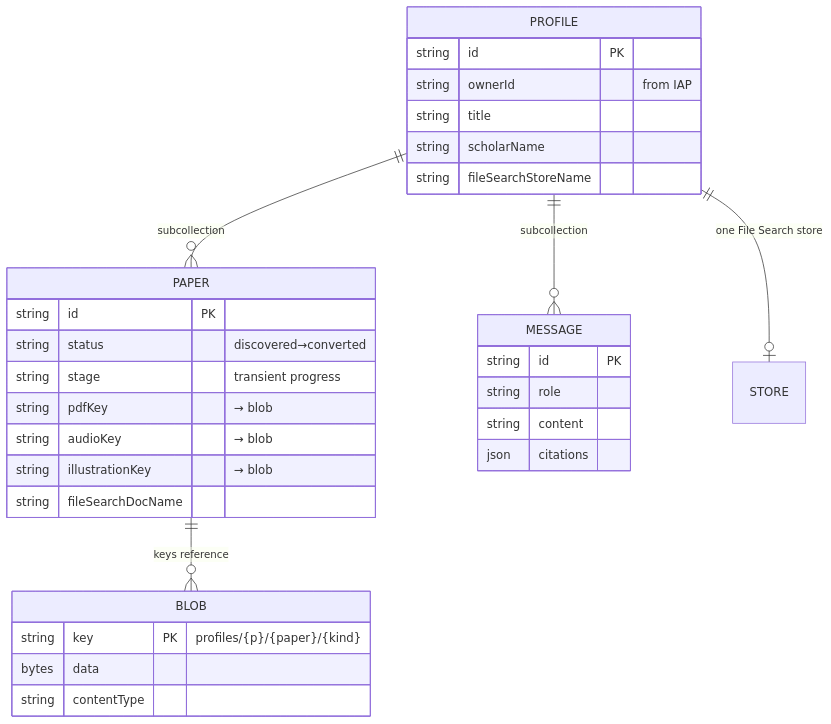
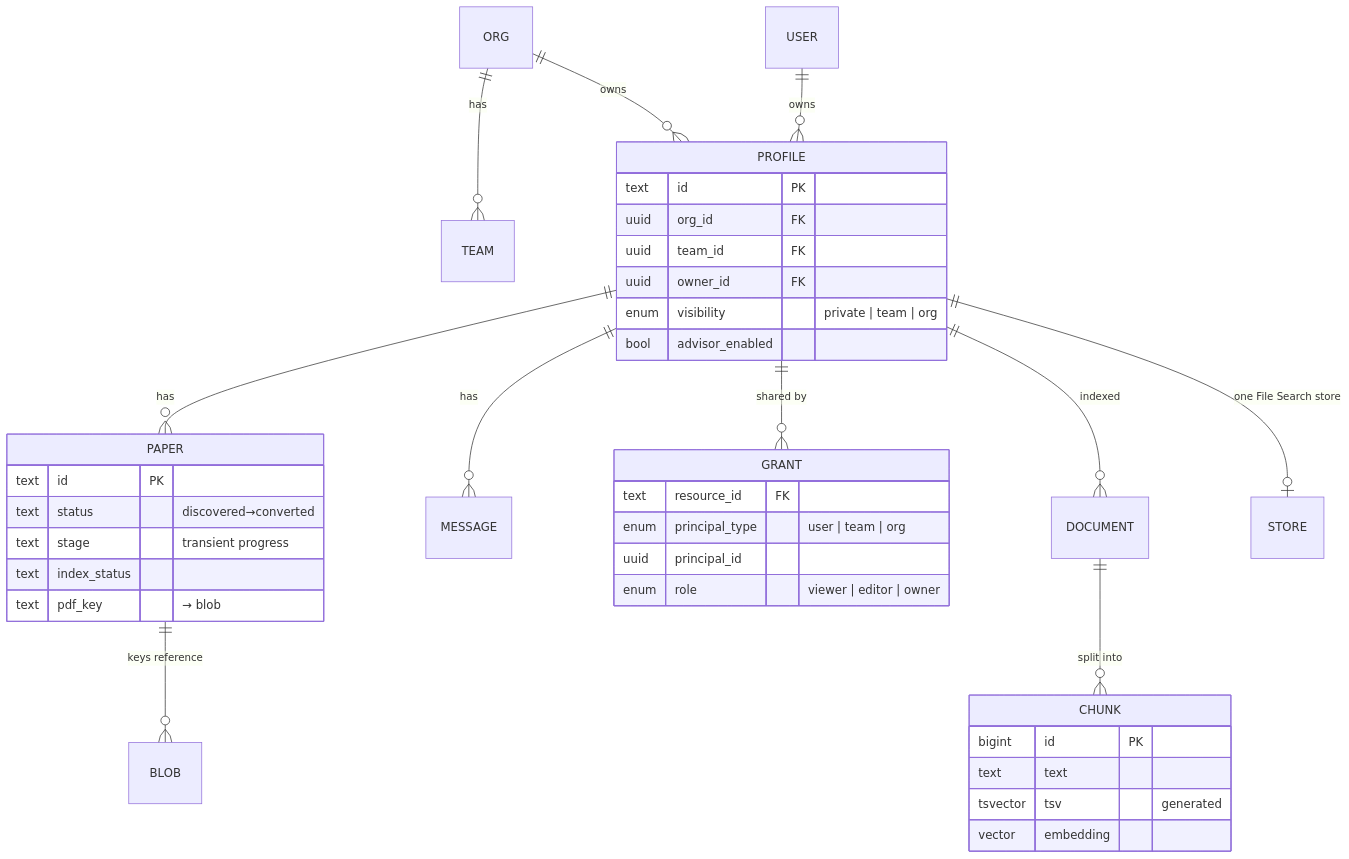
The third of 12 diagrams in docs/architecture/README.md (BuildGeekAI/scholar-mind), drawn with Mermaid before and after one commit. The commit also changed other lines of this file and 6 other files, not shown here.

````diff
--- a/docs/architecture/README.md
+++ b/docs/architecture/README.md
@@ -63,35 +63,41 @@
 ```mermaid
 erDiagram
-    PROFILE ||--o{ PAPER : "subcollection"
-    PROFILE ||--o{ MESSAGE : "subcollection"
+    ORG ||--o{ TEAM : has
+    ORG ||--o{ PROFILE : owns
+    USER ||--o{ PROFILE : owns
+    PROFILE ||--o{ PAPER : has
+    PROFILE ||--o{ MESSAGE : has
+    PROFILE ||--o{ GRANT : "shared by"
+    PROFILE ||--o{ DOCUMENT : indexed
+    DOCUMENT ||--o{ CHUNK : "split into"
     PAPER ||--o{ BLOB : "keys reference"
     PROFILE ||--o| STORE : "one File Search store"
 
     PROFILE {
-        string id PK
-        string ownerId "from IAP"
-        string title
-        string scholarName
-        string fileSearchStoreName
+        text id PK
+        uuid org_id FK
+        uuid team_id FK
+        uuid owner_id FK
+        enum visibility "private | team | org"
+        bool advisor_enabled
+    }
+    GRANT {
+        text resource_id FK
+        enum principal_type "user | team | org"
+        uuid principal_id
+        enum role "viewer | editor | owner"
     }
     PAPER {
-        string id PK
-        string status "discovered→converted"
-        string stage "transient progress"
-        string pdfKey "→ blob"
-        string audioKey "→ blob"
-        string illustrationKey "→ blob"
-        string fileSearchDocName
+        text id PK
+        text status "discovered→converted"
+        text stage "transient progress"
+        text index_status
+        text pdf_key "→ blob"
     }
-    MESSAGE {
-        string id PK
-        string role
-        string content
-        json citations
-    }
-    BLOB {
-        string key PK "profiles/{p}/{paper}/{kind}"
-        bytes data
-        string contentType
+    CHUNK {
+        bigint id PK
+        text text
+        tsvector tsv "generated"
+        vector embedding
     }
 ```
````
